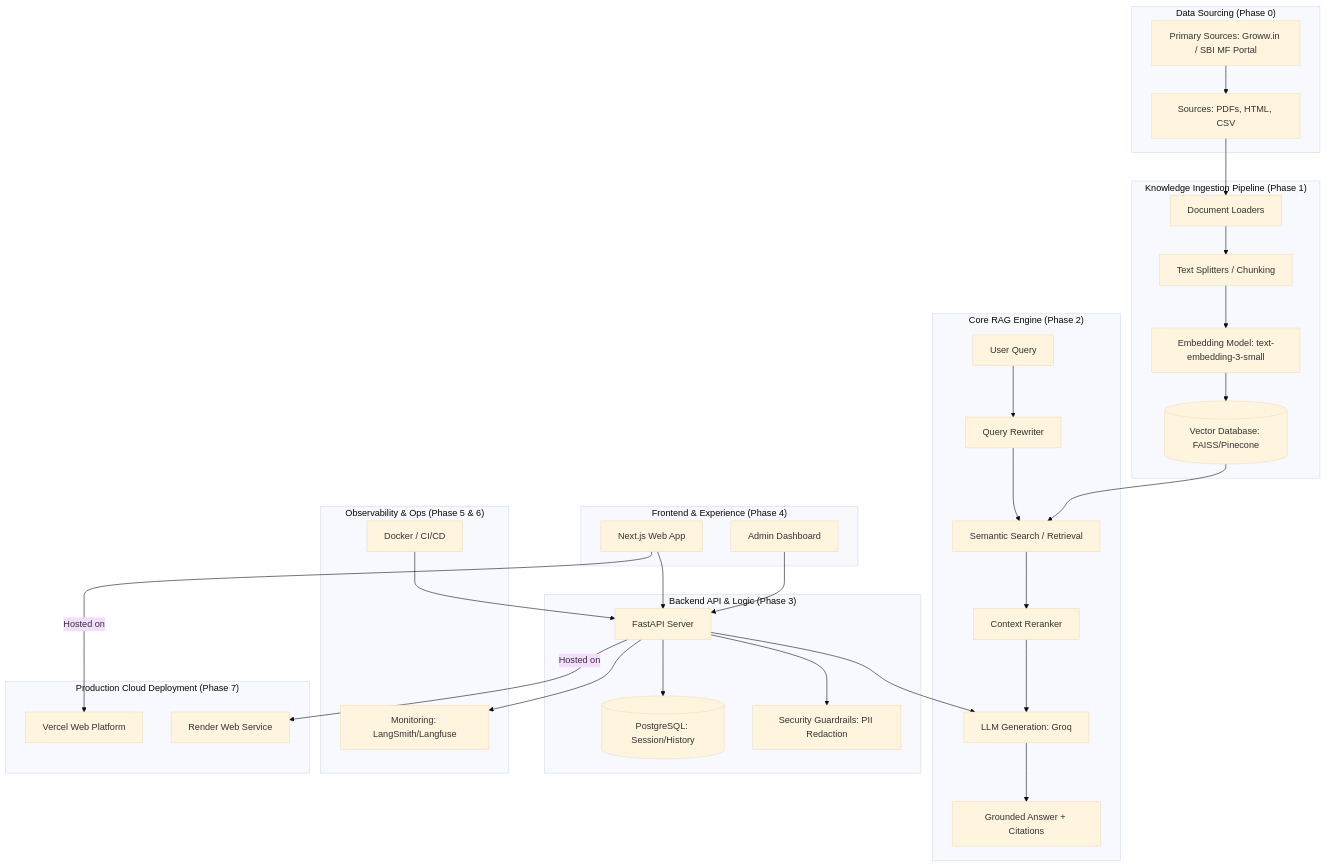
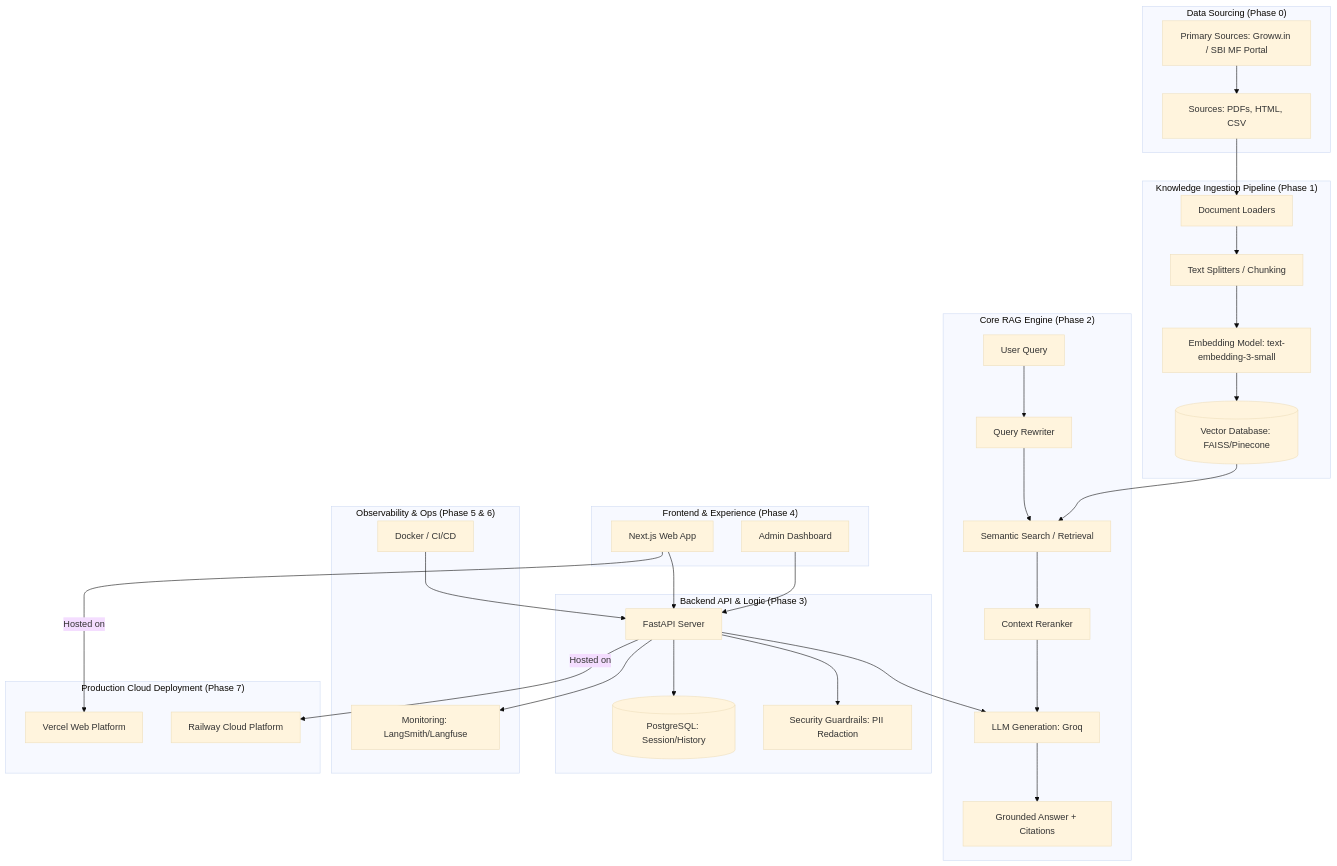
The diagram in docs/Architecture.md (soudagarnayan2/LIP3-Milestone3), drawn with Mermaid (base theme) before and after one commit. The commit also changed other lines of this file and 2 other files, not shown here.

Commit message:
Migrate backend deployment configuration from Render to Railway

````diff
--- a/docs/Architecture.md
+++ b/docs/Architecture.md
@@ -9,43 +9,43 @@
 ```mermaid
 graph TD
     subgraph "Data Sourcing (Phase 0)"
         S[Primary Sources: Groww.in / SBI MF Portal] --> A
     end
 
     subgraph "Knowledge Ingestion Pipeline (Phase 1)"
         A[Sources: PDFs, HTML, CSV] --> B[Document Loaders]
         B --> C[Text Splitters / Chunking]
         C --> D[Embedding Model: text-embedding-3-small]
         D --> E[(Vector Database: FAISS/Pinecone)]
     end
 
     subgraph "Core RAG Engine (Phase 2)"
         F[User Query] --> G[Query Rewriter]
         G --> H[Semantic Search / Retrieval]
         E --> H
         H --> I[Context Reranker]
         I --> J[LLM Generation: Groq]
         J --> K[Grounded Answer + Citations]
     end
 
     subgraph "Backend API & Logic (Phase 3)"
         L[FastAPI Server] --> J
         L --> M[(PostgreSQL: Session/History)]
         L --> N[Security Guardrails: PII Redaction]
     end
 
     subgraph "Frontend & Experience (Phase 4)"
         O[Next.js Web App] --> L
         P[Admin Dashboard] --> L
     end
 
     subgraph "Observability & Ops (Phase 5 & 6)"
         L --> Q[Monitoring: LangSmith/Langfuse]
         R[Docker / CI/CD] --> L
     end
 
     subgraph "Production Cloud Deployment (Phase 7)"
         O --> |Hosted on| V[Vercel Web Platform]
-        L --> |Hosted on| RE[Render Web Service]
+        L --> |Hosted on| RY[Railway Cloud Platform]
     end
 ```
````
